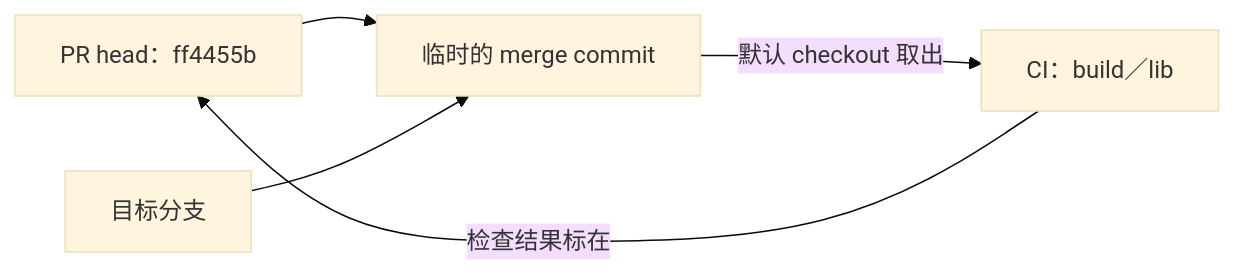
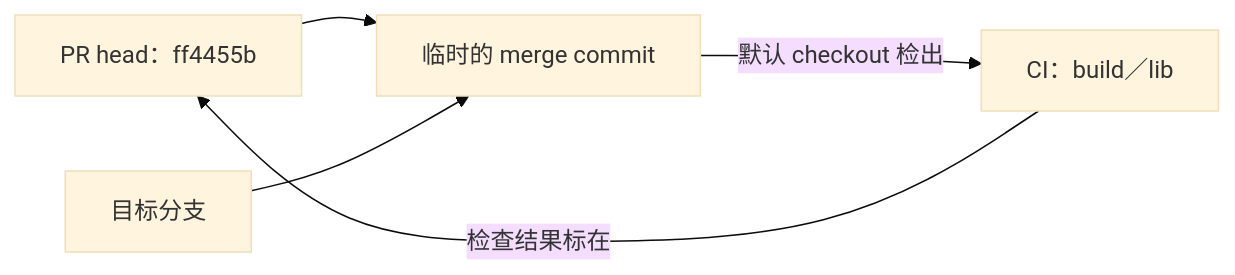
The third of 4 diagrams in _posts/zh-CN/2026-11-07-github-actions-ai-agent-pr-review.md (justmaocom/justmaocom.github.io), drawn with Mermaid (base theme) before and after one commit. The commit also changed other lines of this file and 2 other files, not shown here.

````diff
--- a/_posts/zh-CN/2026-11-07-github-actions-ai-agent-pr-review.md
+++ b/_posts/zh-CN/2026-11-07-github-actions-ai-agent-pr-review.md
@@ -218,7 +218,7 @@
 ```mermaid
 flowchart LR
   H["PR head：ff4455b"] --> M[临时的 merge commit]
   T[目标分支] --> M
-  M -->|默认 checkout 取出| C["CI：build／lib"]
+  M -->|默认 checkout 检出| C["CI：build／lib"]
   C -->|检查结果标在| H
 ```
````
